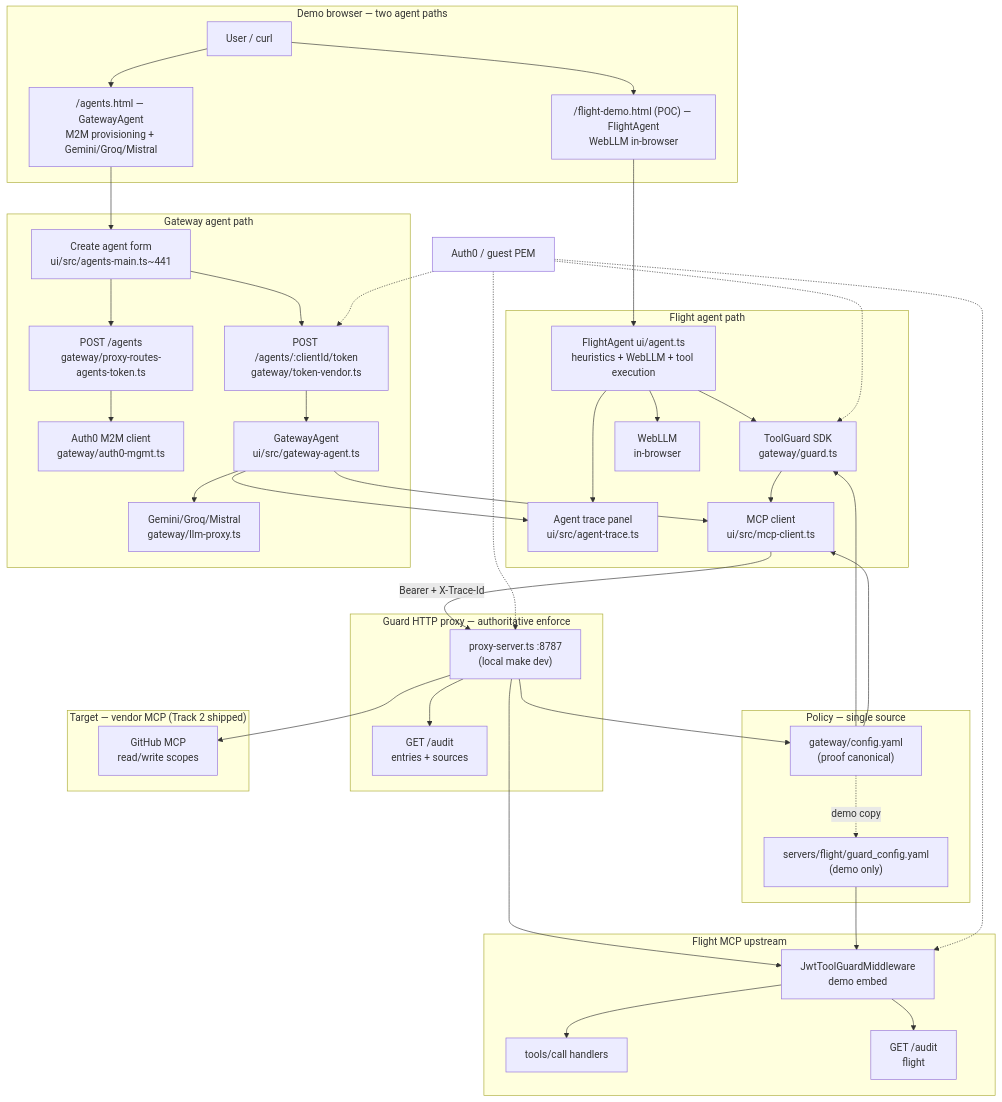
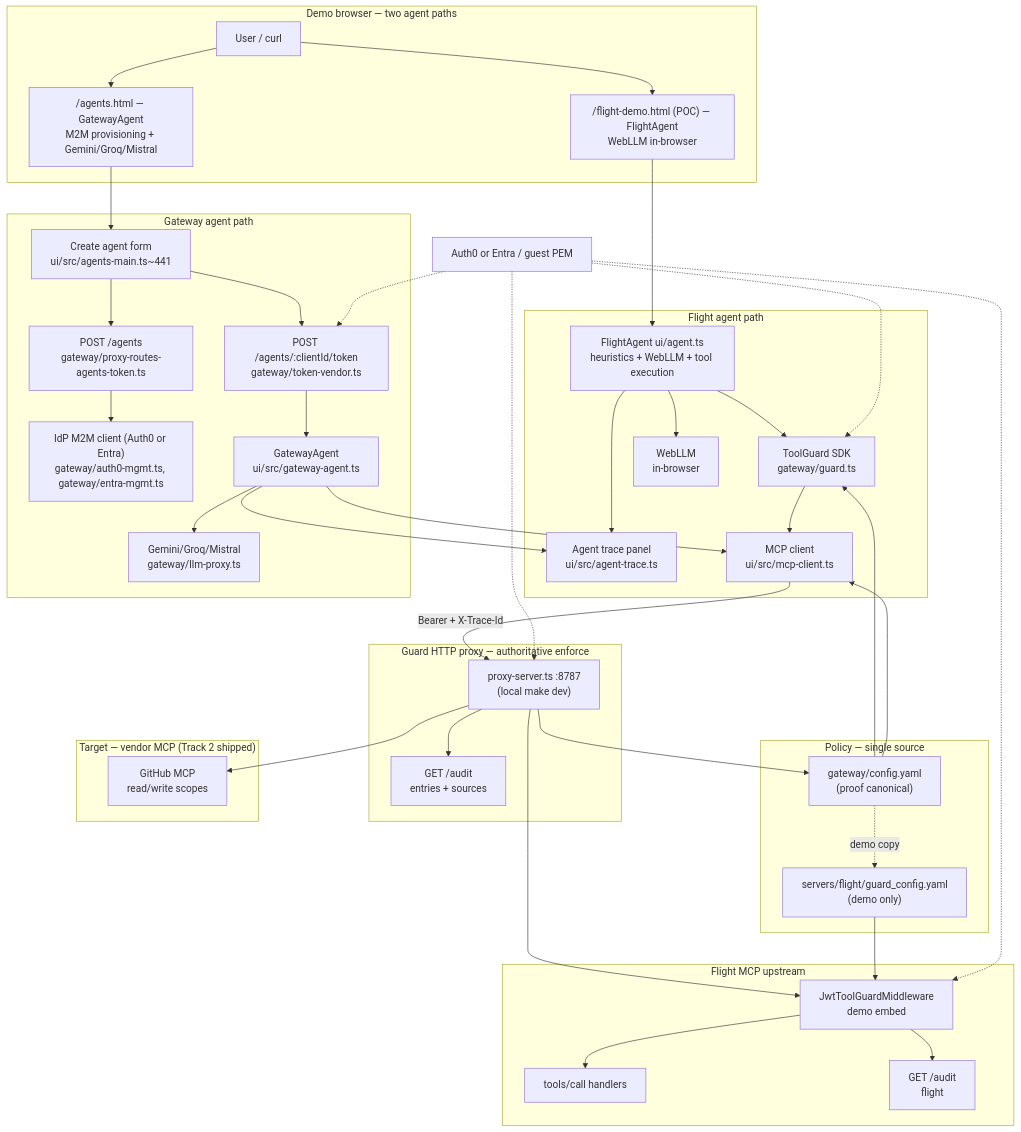
One commit to peterkrentel/mcp-tool-guard changed the first of 4 diagrams in docs/ARCHITECTURE.md. Above: the diagram before and after it, drawn with Mermaid. The commit also changed other lines of this file and 12 other files, not shown here.

Commit message:
docs: describe the Auth0-or-Entra identity model; add post-cutover roadmap (BL-054..058)

````diff
--- a/docs/ARCHITECTURE.md
+++ b/docs/ARCHITECTURE.md
@@ -11,74 +11,74 @@
 ```mermaid
 flowchart TB
   subgraph demo ["Demo browser — two agent paths"]
     User[User / curl]
     FlightDemo["/flight-demo.html (POC) — FlightAgent<br/>WebLLM in-browser"]
     AgentGateway["/agents.html — GatewayAgent<br/>M2M provisioning + Gemini/Groq/Mistral"]
     User --> FlightDemo
     User --> AgentGateway
   end
 
   subgraph flight_path ["Flight agent path"]
     FlightAgent["FlightAgent ui/agent.ts<br/>heuristics + WebLLM + tool execution"]
     TG["ToolGuard SDK<br/>gateway/guard.ts"]
     Trace["Agent trace panel<br/>ui/src/agent-trace.ts"]
     MCPc["MCP client<br/>ui/src/mcp-client.ts"]
     FlightDemo --> FlightAgent
     FlightAgent --> WebLLM["WebLLM<br/>in-browser"]
     FlightAgent --> Trace
     FlightAgent --> TG
     TG --> MCPc
   end
 
   subgraph gateway_path ["Gateway agent path"]
     GatewayUI["Create agent form<br/>ui/src/agents-main.ts~441"]
     CreateAgent["POST /agents<br/>gateway/proxy-routes-agents-token.ts"]
     VendToken["POST /agents/:clientId/token<br/>gateway/token-vendor.ts"]
-    Auth0Client["Auth0 M2M client<br/>gateway/auth0-mgmt.ts"]
+    IdpClient["IdP M2M client (Auth0 or Entra)<br/>gateway/auth0-mgmt.ts, gateway/entra-mgmt.ts"]
     GatewayAgent["GatewayAgent<br/>ui/src/gateway-agent.ts"]
     Gemini["Gemini/Groq/Mistral<br/>gateway/llm-proxy.ts"]
     AgentGateway --> GatewayUI
     GatewayUI --> CreateAgent
-    CreateAgent --> Auth0Client
+    CreateAgent --> IdpClient
     GatewayUI --> VendToken
     VendToken --> GatewayAgent
     GatewayAgent --> Trace
     GatewayAgent --> Gemini
     GatewayAgent --> MCPc
   end
 
   subgraph policy ["Policy — single source"]
     YAML["gateway/config.yaml<br/>(proof canonical)"]
     YAML --> TG
     YAML --> MCPc
     YAML -.->|demo copy| FlightYaml["servers/flight/guard_config.yaml<br/>(demo only)"]
   end
 
   subgraph proxy ["Guard HTTP proxy — authoritative enforce"]
     Proxy["proxy-server.ts :8787<br/>(local make dev)"]
     ProxyAudit["GET /audit<br/>entries + sources"]
     MCPc -->|Bearer + X-Trace-Id| Proxy
     Proxy --> YAML
     Proxy --> ProxyAudit
   end
 
   subgraph flight ["Flight MCP upstream"]
     MW["JwtToolGuardMiddleware<br/>demo embed"]
     Tools["tools/call handlers"]
     FlightAudit["GET /audit<br/>flight"]
     Proxy --> MW
     MW --> Tools
     MW --> FlightAudit
     FlightYaml --> MW
   end
 
   subgraph vendor ["Target — vendor MCP (Track 2 shipped)"]
     GitHub["GitHub MCP<br/>read/write scopes"]
     Proxy --> GitHub
   end
 
-  IdP["Auth0 / guest PEM"] -.-> TG
+  IdP["Auth0 or Entra / guest PEM"] -.-> TG
   IdP -.-> VendToken
   IdP -.-> Proxy
   IdP -.-> MW
 ```
````
